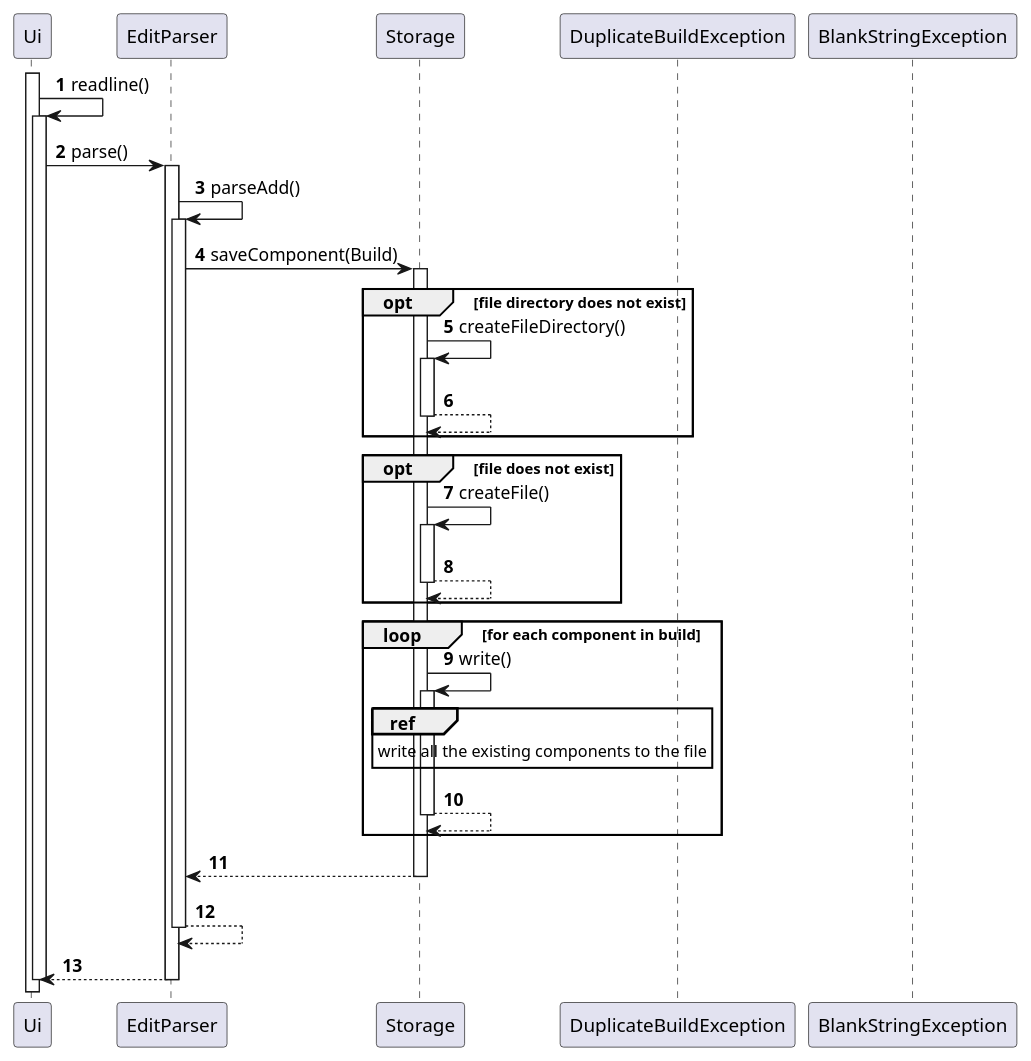
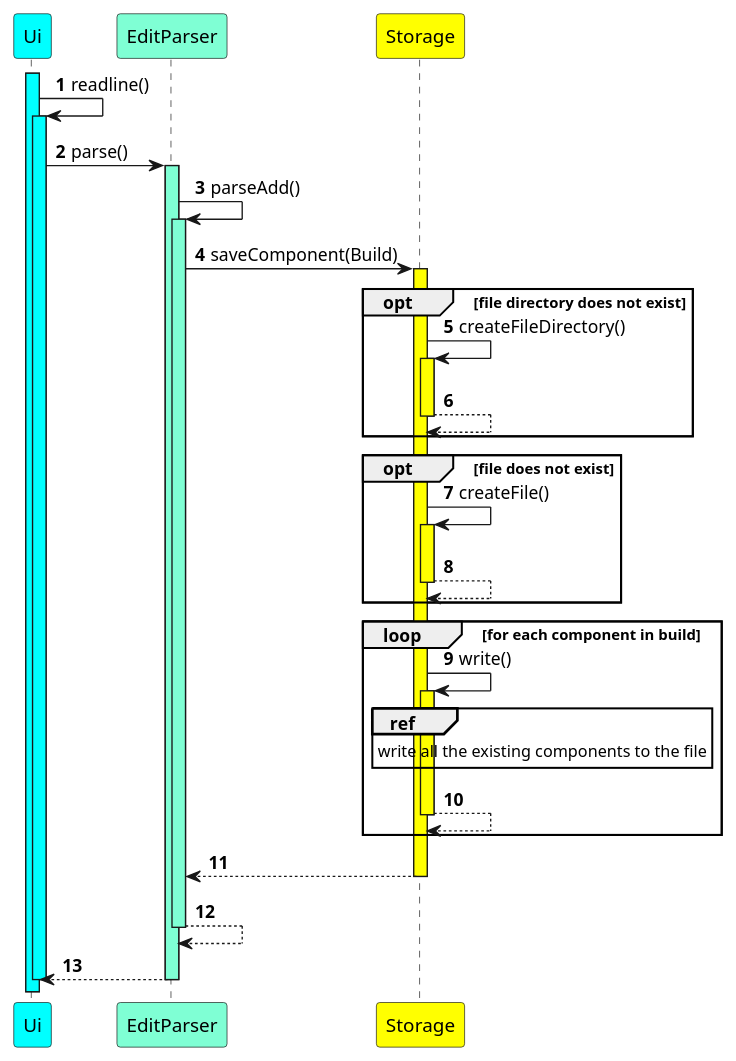
The diagram in docs/puml/StorageSaveComponentSequence.puml (nus-cs2113-AY2223S1/tp), drawn with PlantUML before and after one commit. The commit also changed 6 other files, not shown here.

```diff
--- a/docs/puml/StorageSaveComponentSequence.puml
+++ b/docs/puml/StorageSaveComponentSequence.puml
@@ -1,45 +1,44 @@
 @startuml
 'https://plantuml.com/sequence-diagram
 
 autonumber
 
-Participant "Ui" as Ui
-Participant "EditParser" as EditParser
-Participant "Storage" as Storage
-Participant "DuplicateBuildException" as DuplicateBuildException
-Participant "BlankStringException" as BlankStringException
+Participant "Ui" as Ui #Aqua
+Participant "EditParser" as EditParser #AquaMarine
+Participant "Storage" as Storage #Yellow
 
-activate Ui
+
+activate Ui #Aqua
 Ui -> Ui: readline()
-activate Ui
+activate Ui #Aqua
 Ui -> EditParser: parse()
-activate EditParser
+activate EditParser #AquaMarine
 EditParser -> EditParser : parseAdd()
-activate EditParser
+activate EditParser #AquaMarine
 EditParser -> Storage: saveComponent(Build)
-activate Storage
+activate Storage #Yellow
 opt file directory does not exist
         Storage -> Storage: createFileDirectory()
-        activate Storage
+        activate Storage #Yellow
         return
 end
 opt file does not exist
         Storage -> Storage: createFile()
-        activate Storage
+        activate Storage #Yellow
         return
 end
 loop for each component in build
     Storage -> Storage: write()
-    activate Storage
+    activate Storage #Yellow
     ref over Storage
         write all the existing components to the file
     end
     return
 end
 return
 return
 return
 
 deactivate Ui
 
 @enduml
```
